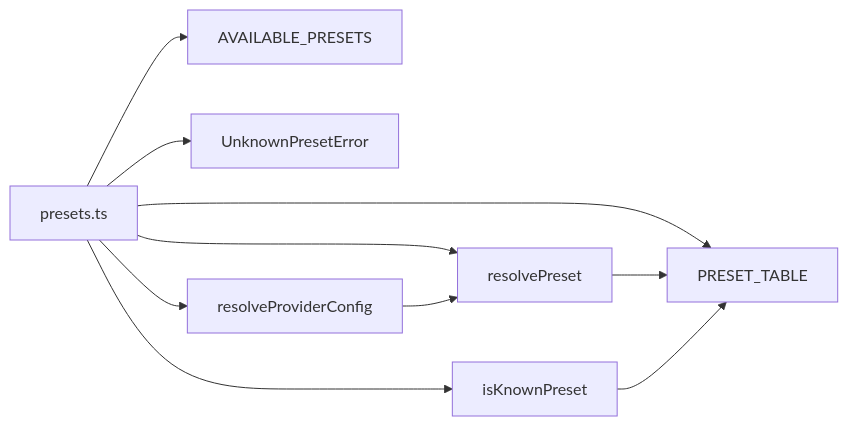
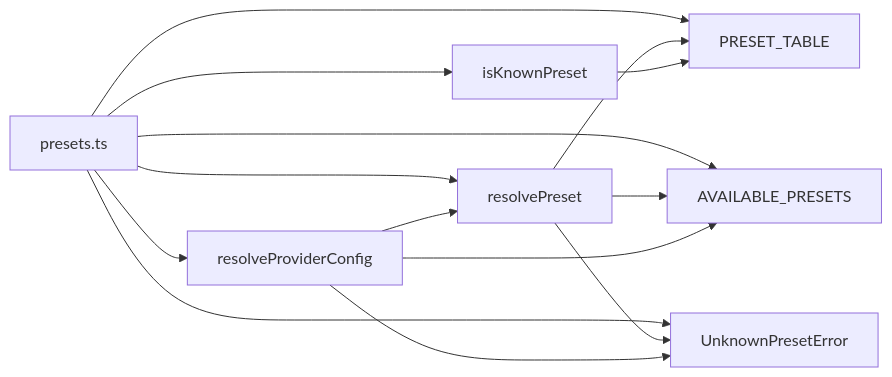
One commit to eduardoabreu81/livewiki changed the diagram in livewiki/diagrams/core-src-presets.mmd. Above: the diagram before and after it, drawn with Mermaid. The commit also changed 31 other files, not shown here.

```diff
--- a/livewiki/diagrams/core-src-presets.mmd
+++ b/livewiki/diagrams/core-src-presets.mmd
@@ -1,10 +1,14 @@
 graph LR
     A[presets.ts] --> B[PRESET_TABLE]
     A --> C[AVAILABLE_PRESETS]
-    A --> D[UnknownPresetError]
-    A --> E[resolvePreset]
-    A --> F[resolveProviderConfig]
-    A --> G[isKnownPreset]
-    E --> B
-    F --> E
-    G --> B
+    A --> D[resolvePreset]
+    A --> E[resolveProviderConfig]
+    A --> F[isKnownPreset]
+    A --> G[UnknownPresetError]
+    D --> B
+    D --> C
+    D --> G
+    E --> D
+    E --> C
+    E --> G
+    F --> B
```
